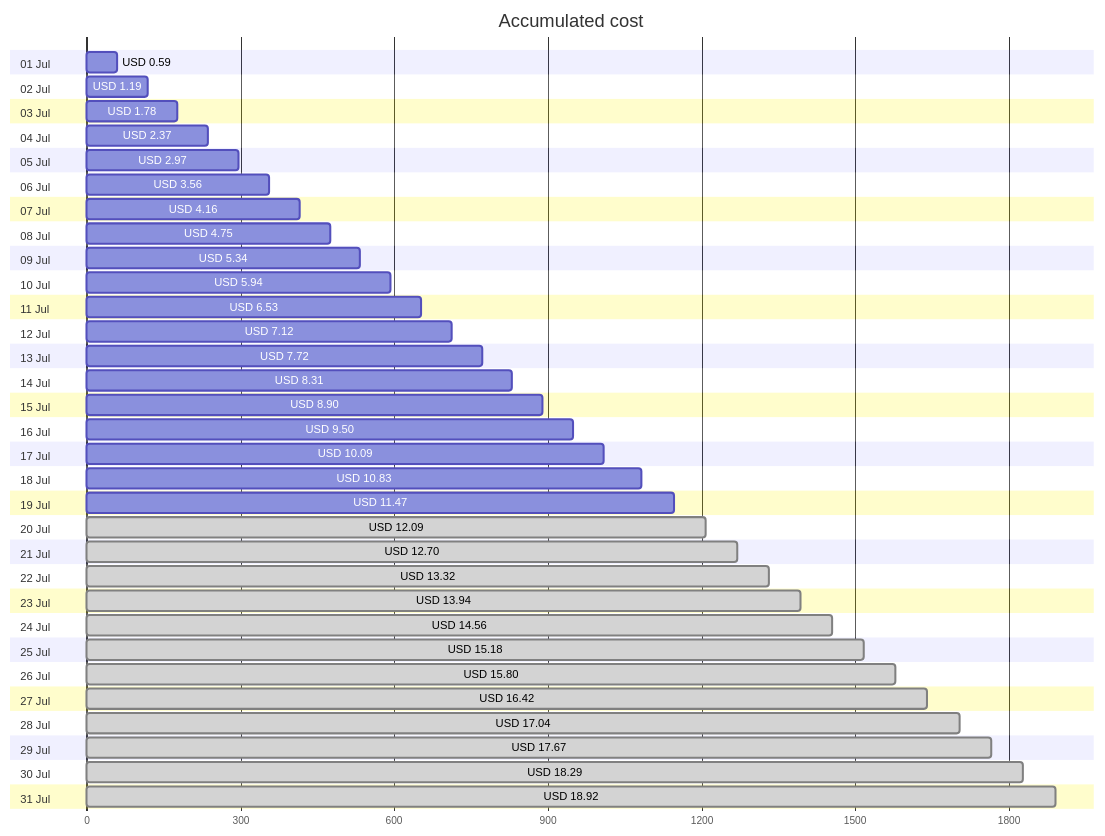
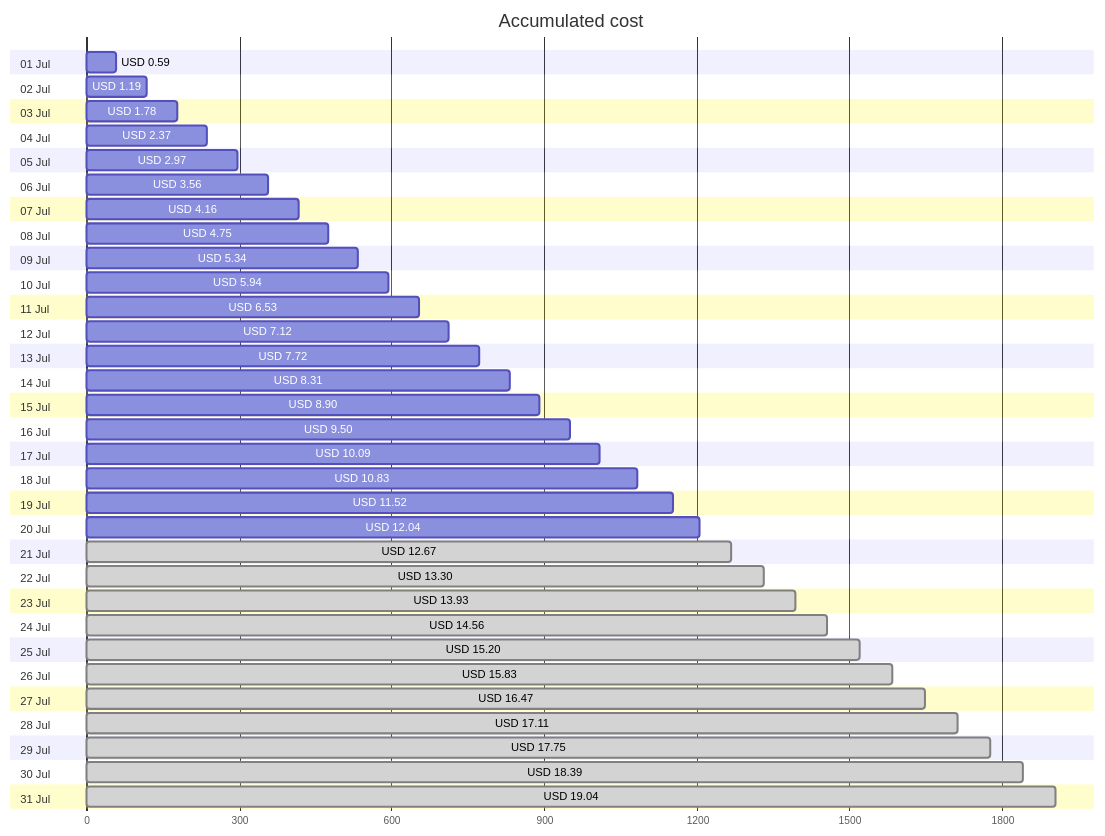
One commit to jpfulton/azure-personal-reports changed the first of 4 diagrams in cost-reports/personal-site/README.md. Above: the diagram before and after it, drawn with Mermaid. The commit also changed other lines of this file and 6 other files, not shown here.

````diff
--- a/cost-reports/personal-site/README.md
+++ b/cost-reports/personal-site/README.md
@@ -20,68 +20,68 @@
 ```mermaid
 gantt
    title Accumulated cost
    dateFormat  X
    axisFormat %s
    section 01 Jul
    USD 0.59 :0, 59
    section 02 Jul
    USD 1.19 :0, 119
    section 03 Jul
    USD 1.78 :0, 178
    section 04 Jul
    USD 2.37 :0, 237
    section 05 Jul
    USD 2.97 :0, 297
    section 06 Jul
    USD 3.56 :0, 356
    section 07 Jul
    USD 4.16 :0, 416
    section 08 Jul
    USD 4.75 :0, 475
    section 09 Jul
    USD 5.34 :0, 534
    section 10 Jul
    USD 5.94 :0, 594
    section 11 Jul
    USD 6.53 :0, 653
    section 12 Jul
    USD 7.12 :0, 712
    section 13 Jul
    USD 7.72 :0, 772
    section 14 Jul
    USD 8.31 :0, 831
    section 15 Jul
    USD 8.90 :0, 890
    section 16 Jul
    USD 9.50 :0, 950
    section 17 Jul
    USD 10.09 :0, 1009
    section 18 Jul
    USD 10.83 :0, 1083
    section 19 Jul
-   USD 11.47 :0, 1147
+   USD 11.52 :0, 1152
    section 20 Jul
-   USD 12.09 : done, 0, 1209
+   USD 12.04 :0, 1204
    section 21 Jul
-   USD 12.70 : done, 0, 1270
+   USD 12.67 : done, 0, 1267
    section 22 Jul
-   USD 13.32 : done, 0, 1332
+   USD 13.30 : done, 0, 1330
    section 23 Jul
-   USD 13.94 : done, 0, 1394
+   USD 13.93 : done, 0, 1393
    section 24 Jul
    USD 14.56 : done, 0, 1456
    section 25 Jul
-   USD 15.18 : done, 0, 1518
+   USD 15.20 : done, 0, 1520
    section 26 Jul
-   USD 15.80 : done, 0, 1580
+   USD 15.83 : done, 0, 1583
    section 27 Jul
-   USD 16.42 : done, 0, 1642
+   USD 16.47 : done, 0, 1647
    section 28 Jul
-   USD 17.04 : done, 0, 1704
+   USD 17.11 : done, 0, 1711
    section 29 Jul
-   USD 17.67 : done, 0, 1767
+   USD 17.75 : done, 0, 1775
    section 30 Jul
-   USD 18.29 : done, 0, 1829
+   USD 18.39 : done, 0, 1839
    section 31 Jul
-   USD 18.92 : done, 0, 1892
+   USD 19.04 : done, 0, 1904
 ```
````
